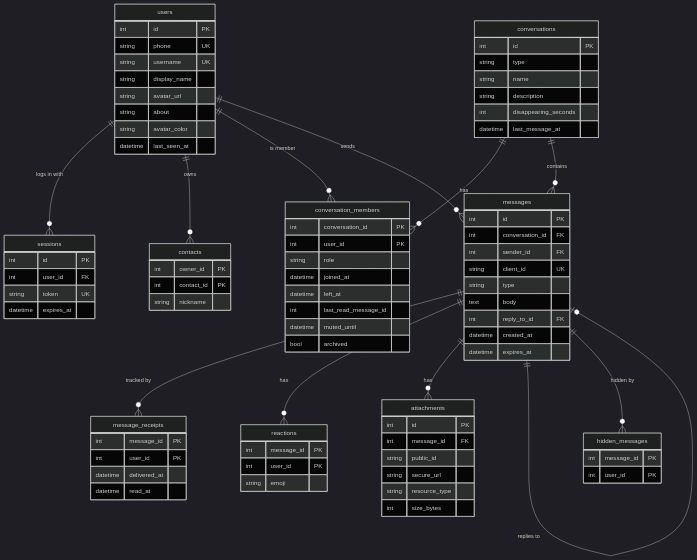
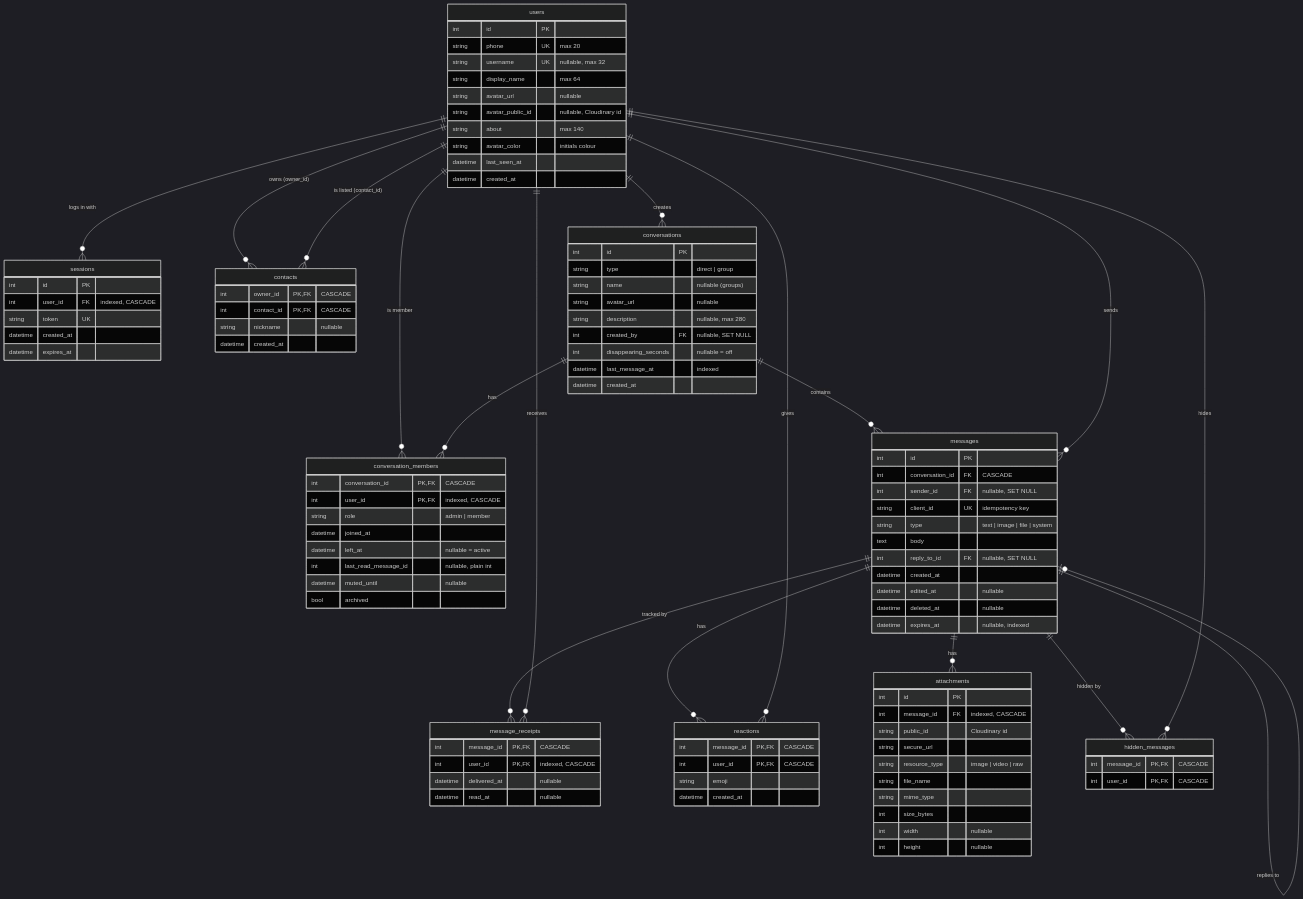
The second of 2 diagrams in README.md (Abhinav-055/Scaler-signal-clone), drawn with Mermaid (dark theme) before and after one commit. The commit also changed other lines of this file and 5 other files, not shown here.

````diff
--- a/README.md
+++ b/README.md
@@ -135,88 +140,107 @@
 ```mermaid
 erDiagram
     users ||--o{ sessions : "logs in with"
-    users ||--o{ contacts : owns
+    users ||--o{ contacts : "owns (owner_id)"
+    users ||--o{ contacts : "is listed (contact_id)"
+    users ||--o{ conversations : "creates"
     users ||--o{ conversation_members : "is member"
     conversations ||--o{ conversation_members : has
     conversations ||--o{ messages : contains
     users ||--o{ messages : sends
+    messages ||--o| messages : "replies to"
     messages ||--o{ message_receipts : "tracked by"
+    users ||--o{ message_receipts : receives
     messages ||--o{ reactions : has
+    users ||--o{ reactions : gives
     messages ||--o{ attachments : has
-    messages ||--o| messages : "replies to"
     messages ||--o{ hidden_messages : "hidden by"
+    users ||--o{ hidden_messages : hides
 
     users {
         int id PK
-        string phone UK
-        string username UK
-        string display_name
-        string avatar_url
-        string about
-        string avatar_color
+        string phone UK "max 20"
+        string username UK "nullable, max 32"
+        string display_name "max 64"
+        string avatar_url "nullable"
+        string avatar_public_id "nullable, Cloudinary id"
+        string about "max 140"
+        string avatar_color "initials colour"
         datetime last_seen_at
+        datetime created_at
     }
     sessions {
         int id PK
-        int user_id FK
+        int user_id FK "indexed, CASCADE"
         string token UK
+        datetime created_at
         datetime expires_at
     }
     contacts {
-        int owner_id PK
-        int contact_id PK
-        string nickname
+        int owner_id PK,FK "CASCADE"
+        int contact_id PK,FK "CASCADE"
+        string nickname "nullable"
+        datetime created_at
     }
     conversations {
         int id PK
-        string type
-        string name
-        string description
-        int disappearing_seconds
-        datetime last_message_at
+        string type "direct | group"
+        string name "nullable (groups)"
+        string avatar_url "nullable"
+        string description "nullable, max 280"
+        int created_by FK "nullable, SET NULL"
+        int disappearing_seconds "nullable = off"
+        datetime last_message_at "indexed"
+        datetime created_at
     }
     conversation_members {
-        int conversation_id PK
-        int user_id PK
-        string role
+        int conversation_id PK,FK "CASCADE"
+        int user_id PK,FK "indexed, CASCADE"
+        string role "admin | member"
         datetime joined_at
-        datetime left_at
-        int last_read_message_id
-        datetime muted_until
+        datetime left_at "nullable = active"
+        int last_read_message_id "nullable, plain int"
+        datetime muted_until "nullable"
         bool archived
     }
     messages {
         int id PK
-        int conversation_id FK
-        int sender_id FK
-        string client_id UK
-        string type
+        int conversation_id FK "CASCADE"
+        int sender_id FK "nullable, SET NULL"
+        string client_id UK "idempotency key"
+        string type "text | image | file | system"
         text body
-        int reply_to_id FK
+        int reply_to_id FK "nullable, SET NULL"
         datetime created_at
-        datetime expires_at
+        datetime edited_at "nullable"
+        datetime deleted_at "nullable"
+        datetime expires_at "nullable, indexed"
     }
     message_receipts {
-        int message_id PK
-        int user_id PK
-        datetime delivered_at
-        datetime read_at
+        int message_id PK,FK "CASCADE"
+        int user_id PK,FK "indexed, CASCADE"
+        datetime delivered_at "nullable"
+        datetime read_at "nullable"
     }
     reactions {
-        int message_id PK
-        int user_id PK
+        int message_id PK,FK "CASCADE"
+        int user_id PK,FK "CASCADE"
         string emoji
+        datetime created_at
     }
     attachments {
         int id PK
-        int message_id FK
-        string public_id
+        int message_id FK "indexed, CASCADE"
+        string public_id "Cloudinary id"
         string secure_url
-        string resource_type
+        string resource_type "image | video | raw"
+        string file_name
+        string mime_type
         int size_bytes
+        int width "nullable"
+        int height "nullable"
     }
     hidden_messages {
-        int message_id PK
-        int user_id PK
+        int message_id PK,FK "CASCADE"
+        int user_id PK,FK "CASCADE"
     }
 ```
````
